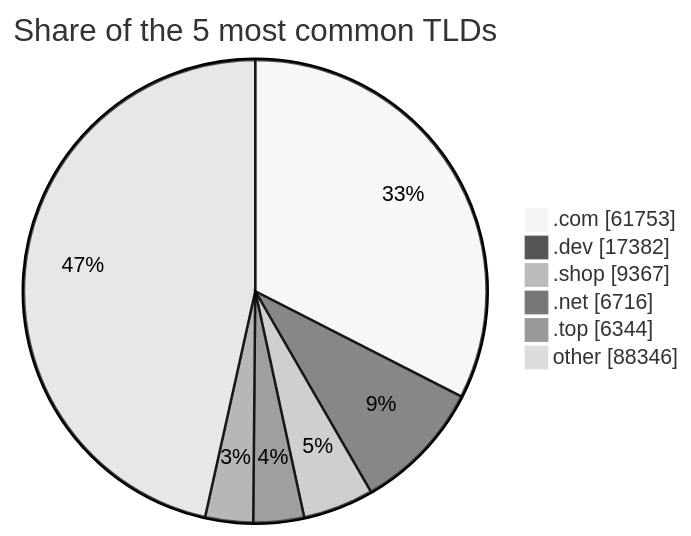
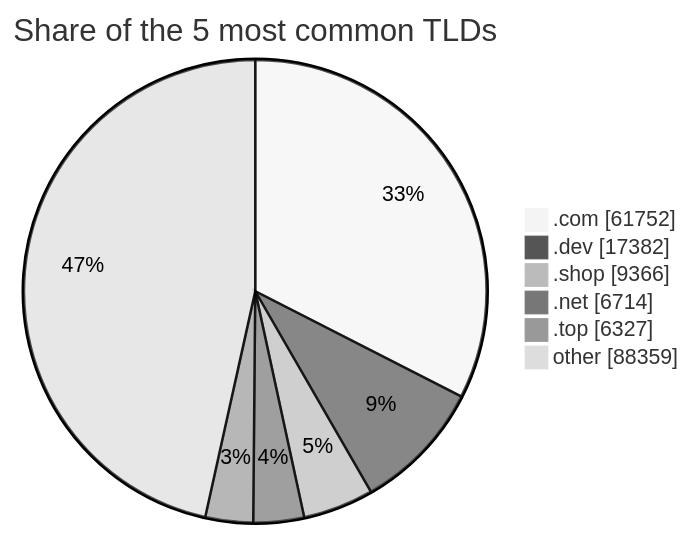
One commit to DNSBunker/CTI changed the third of 3 diagrams in README.md. Above: the diagram before and after it, drawn with Mermaid (neutral theme). The commit also changed other lines of this file and 3 other files, not shown here.

````diff
--- a/README.md
+++ b/README.md
@@ -81,9 +81,9 @@
 ```mermaid
 pie showData title Share of the 5 most common TLDs
-    ".com" : 61753
+    ".com" : 61752
     ".dev" : 17382
-    ".shop" : 9367
-    ".net" : 6716
-    ".top" : 6344
-    "other" : 88346
+    ".shop" : 9366
+    ".net" : 6714
+    ".top" : 6327
+    "other" : 88359
 ```
````
